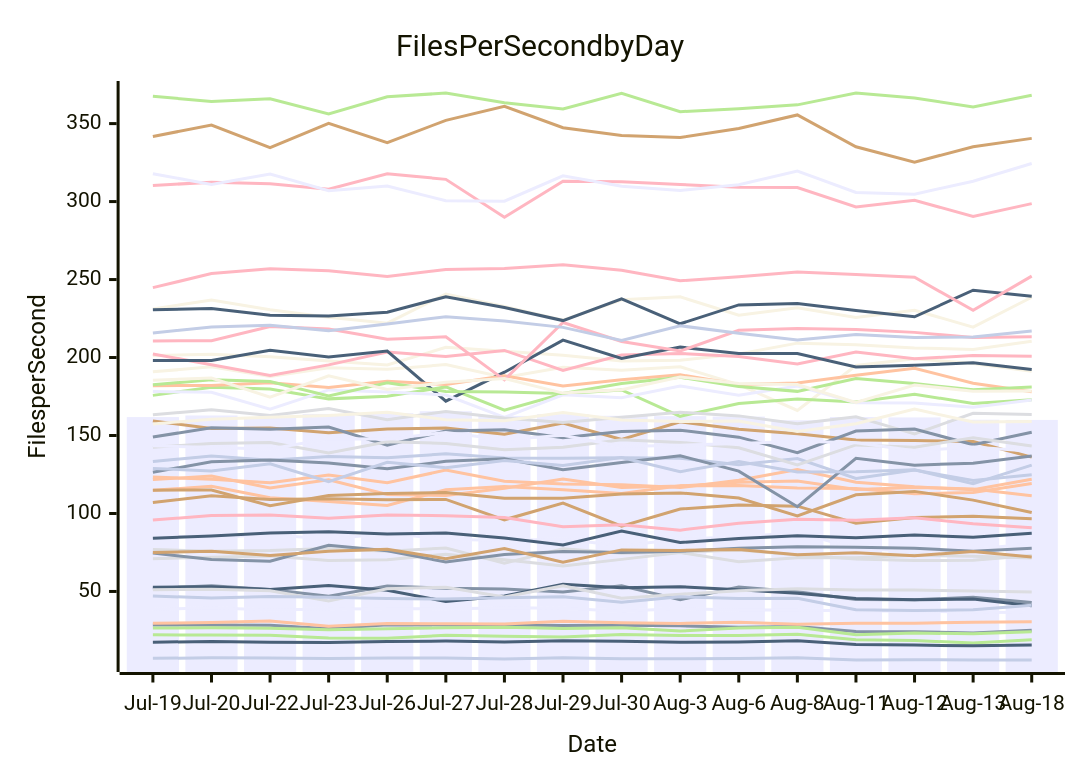
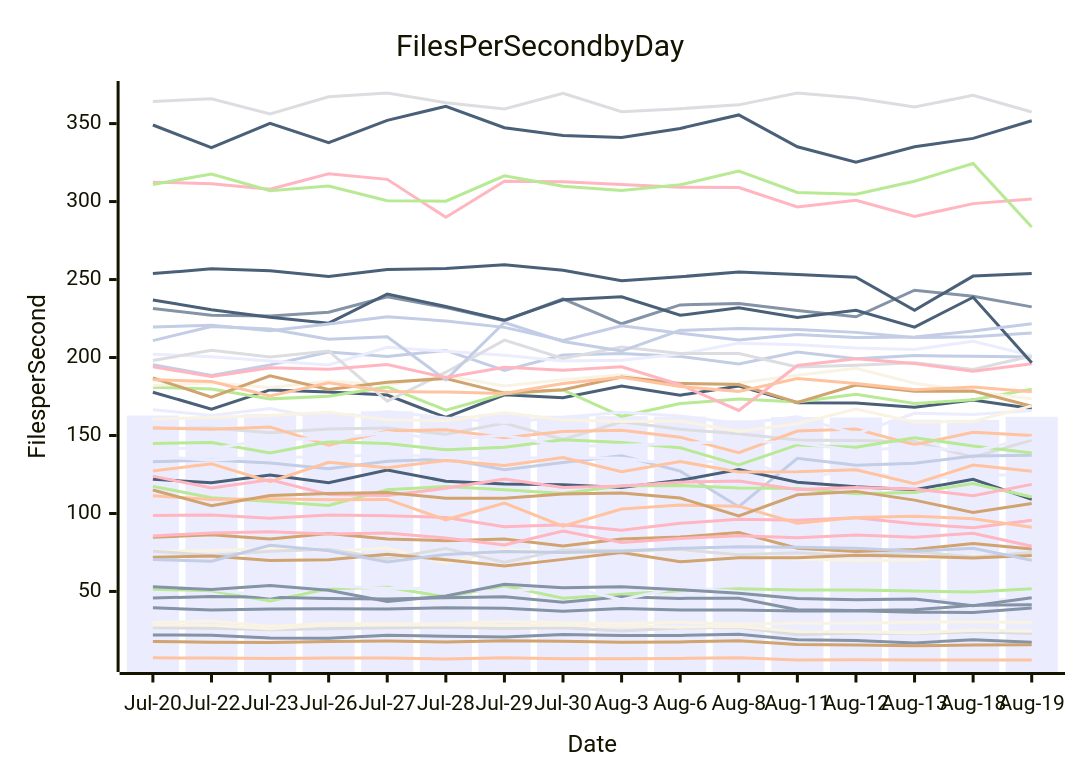
Before and after one commit to streetsidesoftware/cspell: the diagram in perf-report.md, drawn with Mermaid. The commit also changed other lines of this file and 1 other file, not shown here.

````diff
--- a/perf-report.md
+++ b/perf-report.md
@@ -10,57 +10,57 @@
 ```mermaid
 xychart-beta
     title Files Per Second by Day
     y-axis Files per Second
-    x-axis Date [Jul-19, Jul-20, Jul-22, Jul-23, Jul-26, Jul-27, Jul-28, Jul-29, Jul-30, Aug-3, Aug-6, Aug-8, Aug-11, Aug-12, Aug-13, Aug-18]
-    bar [161.80, 162.84, 161.83, 163.82, 164.32, 165.56, 162.55, 163.67, 162.66, 162.42, 162.15, 159.78, 161.87, 161.59, 160.12, 160.00]
-    line [28.56, 28.51, 28.41, 26.08, 28.71, 28.53, 28.56, 28.21, 28.32, 27.98, 27.09, 27.59, 24.33, 24.19, 23.40, 25.07]
-    line [114.86, 117.38, 110.16, 107.68, 105.10, 115.28, 117.30, 115.27, 112.83, 117.78, 117.94, 116.33, 116.04, 112.64, 113.43, 119.19]
-    line [76.84, 75.79, 76.25, 77.55, 75.81, 77.91, 68.05, 77.31, 74.56, 75.13, 76.66, 73.32, 70.77, 69.86, 70.01, 73.04]
-    line [22.19, 22.10, 21.88, 20.15, 20.04, 21.91, 21.31, 20.80, 22.35, 21.72, 21.80, 22.54, 19.07, 18.54, 16.95, 19.10]
-    line [107.07, 111.31, 108.98, 109.47, 108.84, 109.00, 95.94, 106.70, 91.83, 102.88, 105.40, 104.69, 93.74, 97.45, 98.22, 96.65]
-    line [133.37, 136.93, 134.10, 136.61, 135.79, 138.26, 135.57, 135.43, 135.66, 135.43, 131.19, 135.23, 122.44, 127.81, 121.17, 124.81]
-    line [95.75, 98.78, 99.06, 97.00, 99.07, 98.61, 97.42, 91.49, 92.79, 89.32, 93.72, 96.32, 95.66, 97.25, 93.41, 90.83]
-    line [17.44, 17.98, 17.51, 17.20, 17.96, 18.17, 17.67, 18.43, 18.02, 17.45, 17.65, 18.37, 15.99, 15.64, 15.11, 15.67]
-    line [201.36, 202.08, 200.55, 197.73, 195.25, 206.51, 204.03, 201.53, 197.81, 198.32, 202.22, 209.23, 208.13, 206.12, 205.21, 210.46]
-    line [38.46, 39.54, 38.13, 38.75, 38.94, 38.82, 39.51, 39.23, 37.37, 39.03, 38.14, 38.18, 37.54, 37.60, 36.71, 36.51]
-    line [52.01, 53.58, 51.27, 46.96, 53.48, 52.00, 51.65, 49.61, 53.65, 44.73, 52.88, 49.80, 44.85, 44.73, 46.28, 42.85]
-    line [123.46, 121.92, 119.72, 124.69, 119.65, 127.83, 120.71, 118.86, 118.39, 116.67, 121.26, 128.17, 119.97, 117.10, 115.21, 121.90]
-    line [71.04, 71.91, 72.70, 69.86, 70.37, 73.91, 70.30, 66.36, 70.57, 74.92, 69.05, 71.64, 71.63, 73.23, 72.55, 71.44]
-    line [26.50, 26.68, 26.34, 25.46, 26.08, 26.71, 26.98, 26.19, 26.72, 24.58, 26.54, 27.00, 22.24, 23.36, 22.81, 24.23]
-    line [341.72, 349.11, 334.55, 350.21, 337.72, 352.09, 361.09, 347.33, 342.33, 341.03, 346.90, 355.56, 335.17, 325.27, 335.20, 340.52]
-    line [7.13, 7.42, 7.37, 6.94, 7.34, 7.37, 6.62, 7.52, 6.92, 6.91, 7.06, 7.47, 6.09, 6.22, 6.12, 6.05]
-    line [310.30, 312.46, 311.42, 307.91, 317.83, 314.26, 289.97, 313.11, 312.72, 310.96, 309.18, 308.97, 296.59, 300.81, 290.46, 298.69]
-    line [52.69, 53.02, 51.19, 53.86, 50.78, 43.58, 47.06, 54.57, 52.43, 53.03, 51.13, 48.90, 45.53, 44.69, 45.18, 40.85]
-    line [190.82, 194.01, 187.89, 193.41, 192.42, 195.47, 187.19, 193.79, 191.90, 194.07, 182.58, 166.07, 194.86, 199.17, 196.17, 191.14]
-    line [85.67, 84.70, 86.32, 83.67, 87.12, 83.64, 82.58, 83.71, 79.08, 83.62, 84.88, 87.82, 77.70, 75.58, 76.94, 80.70]
-    line [74.65, 70.42, 69.35, 79.56, 76.05, 68.90, 73.77, 75.65, 74.99, 75.71, 77.66, 78.66, 78.35, 77.65, 75.86, 77.65]
-    line [121.72, 123.96, 116.30, 121.57, 112.16, 111.54, 116.14, 122.06, 116.65, 117.60, 120.09, 120.85, 115.35, 116.69, 115.74, 111.39]
-    line [51.07, 51.44, 50.43, 43.97, 51.67, 52.73, 46.52, 53.63, 45.66, 48.27, 50.39, 51.68, 50.89, 50.88, 50.22, 49.59]
-    line [175.73, 180.87, 179.86, 173.49, 175.22, 181.17, 166.29, 176.78, 179.24, 162.30, 170.51, 173.47, 171.46, 176.49, 170.50, 172.92]
-    line [159.37, 154.51, 154.84, 151.75, 154.10, 154.75, 150.75, 157.93, 147.43, 158.79, 154.00, 151.10, 147.11, 146.86, 146.10, 136.12]
-    line [47.09, 45.82, 46.71, 46.24, 45.49, 45.13, 45.94, 46.54, 43.06, 46.57, 45.56, 45.66, 38.22, 37.79, 38.23, 41.09]
-    line [202.31, 195.34, 188.56, 195.30, 203.49, 200.63, 204.54, 191.76, 201.55, 202.60, 200.71, 195.89, 203.57, 199.20, 201.23, 200.81]
-    line [198.16, 198.05, 204.69, 200.38, 204.18, 172.00, 190.59, 211.20, 199.37, 206.67, 202.54, 202.61, 193.89, 195.05, 196.60, 192.32]
-    line [231.13, 236.94, 230.60, 225.84, 222.04, 240.74, 232.71, 223.95, 236.98, 238.93, 227.08, 231.94, 225.75, 230.29, 219.53, 238.65]
-    line [178.14, 177.77, 166.91, 179.23, 177.92, 175.97, 161.59, 176.09, 174.17, 181.77, 175.87, 181.75, 171.06, 170.80, 168.18, 172.80]
-    line [126.47, 133.10, 134.27, 132.41, 128.75, 133.45, 135.04, 127.98, 132.62, 137.05, 127.16, 104.34, 135.34, 130.97, 132.26, 136.82]
-    line [181.92, 182.11, 183.75, 180.78, 184.81, 182.65, 188.37, 181.75, 185.70, 188.91, 182.68, 183.70, 188.70, 193.07, 183.50, 178.10]
-    line [163.25, 166.55, 162.82, 167.25, 160.14, 165.42, 161.19, 158.31, 161.70, 164.91, 162.58, 157.48, 162.05, 151.08, 164.19, 163.52]
-    line [182.49, 185.76, 184.64, 175.39, 183.80, 178.20, 177.82, 176.95, 183.37, 187.31, 181.39, 178.30, 186.48, 183.29, 179.27, 181.07]
-    line [74.96, 75.84, 73.04, 75.74, 77.07, 71.05, 77.49, 68.74, 76.65, 76.34, 76.92, 73.53, 74.78, 72.96, 75.57, 72.13]
-    line [128.92, 127.23, 131.88, 120.40, 132.81, 129.34, 133.97, 130.74, 135.91, 126.83, 133.33, 126.61, 126.72, 128.04, 119.05, 131.02]
-    line [210.58, 210.83, 219.91, 218.25, 211.67, 213.25, 185.65, 222.45, 210.28, 204.15, 217.44, 218.55, 218.05, 216.13, 212.80, 213.27]
-    line [230.57, 231.48, 227.16, 226.70, 229.01, 239.01, 232.02, 223.69, 237.66, 221.63, 233.74, 234.59, 230.11, 226.13, 243.15, 239.31]
-    line [185.47, 186.89, 174.56, 188.32, 179.58, 184.08, 186.53, 177.20, 179.37, 187.46, 183.38, 182.66, 171.17, 182.41, 178.32, 178.57]
-    line [317.85, 311.01, 317.69, 306.96, 309.97, 300.54, 300.28, 316.56, 309.78, 307.09, 310.74, 319.60, 305.87, 304.71, 313.08, 324.40]
-    line [149.05, 154.95, 153.94, 155.48, 143.79, 152.94, 153.75, 148.60, 152.63, 153.39, 148.93, 139.04, 152.86, 154.13, 144.07, 152.10]
-    line [29.57, 30.13, 31.01, 27.77, 29.48, 29.26, 29.06, 30.88, 29.94, 29.48, 30.19, 29.03, 29.67, 29.60, 30.33, 30.62]
-    line [142.51, 144.87, 145.54, 138.82, 146.01, 144.90, 140.82, 142.51, 147.27, 145.58, 142.12, 131.06, 143.98, 142.41, 148.62, 143.28]
-    line [367.49, 364.21, 365.97, 356.16, 367.24, 369.57, 363.41, 359.37, 369.40, 357.63, 359.56, 362.02, 369.62, 366.45, 360.63, 368.14]
-    line [114.93, 115.08, 104.93, 111.58, 112.75, 113.47, 109.84, 109.80, 112.55, 113.19, 109.88, 98.38, 112.00, 114.17, 108.57, 100.66]
-    line [215.75, 219.62, 220.62, 217.24, 221.48, 226.19, 223.44, 219.34, 210.97, 220.37, 215.62, 211.22, 214.76, 212.79, 213.14, 217.00]
-    line [244.82, 253.83, 256.85, 255.68, 251.95, 256.48, 257.08, 259.44, 255.93, 249.24, 251.79, 254.83, 253.26, 251.44, 230.32, 252.21]
-    line [84.13, 85.63, 87.55, 88.29, 86.90, 87.47, 84.26, 79.87, 88.81, 81.39, 83.97, 85.77, 84.48, 86.21, 84.78, 87.25]
-    line [157.44, 160.47, 161.66, 162.86, 164.94, 160.13, 159.49, 164.72, 159.99, 159.02, 159.32, 152.64, 157.58, 166.90, 158.63, 158.95]
-    line [143.50, 142.28, 141.37, 147.86, 147.77, 151.94, 147.31, 150.10, 142.92, 143.82, 144.85, 146.35, 145.37, 140.27, 142.62, 139.83]
+    x-axis Date [Jul-20, Jul-22, Jul-23, Jul-26, Jul-27, Jul-28, Jul-29, Jul-30, Aug-3, Aug-6, Aug-8, Aug-11, Aug-12, Aug-13, Aug-18, Aug-19]
+    bar [162.84, 161.83, 163.82, 164.32, 165.56, 162.55, 163.67, 162.66, 162.42, 162.15, 159.78, 161.87, 161.59, 160.12, 160.00, 162.04]
+    line [22.10, 21.88, 20.15, 20.04, 21.91, 21.31, 20.80, 22.35, 21.72, 21.80, 22.54, 19.07, 18.54, 16.95, 19.10, 17.37]
+    line [7.42, 7.37, 6.94, 7.34, 7.37, 6.62, 7.52, 6.92, 6.91, 7.06, 7.47, 6.09, 6.22, 6.12, 6.05, 6.13]
+    line [154.51, 154.84, 151.75, 154.10, 154.75, 150.75, 157.93, 147.43, 158.79, 154.00, 151.10, 147.11, 146.86, 146.10, 136.12, 147.15]
+    line [51.44, 50.43, 43.97, 51.67, 52.73, 46.52, 53.63, 45.66, 48.27, 50.39, 51.68, 50.89, 50.88, 50.22, 49.59, 51.78]
+    line [84.70, 86.32, 83.67, 87.12, 83.64, 82.58, 83.71, 79.08, 83.62, 84.88, 87.82, 77.70, 75.58, 76.94, 80.70, 77.25]
+    line [133.10, 134.27, 132.41, 128.75, 133.45, 135.04, 127.98, 132.62, 137.05, 127.16, 104.34, 135.34, 130.97, 132.26, 136.82, 137.39]
+    line [98.78, 99.06, 97.00, 99.07, 98.61, 97.42, 91.49, 92.79, 89.32, 93.72, 96.32, 95.66, 97.25, 93.41, 90.83, 95.71]
+    line [121.92, 119.72, 124.69, 119.65, 127.83, 120.71, 118.86, 118.39, 116.67, 121.26, 128.17, 119.97, 117.10, 115.21, 121.90, 109.07]
+    line [75.79, 76.25, 77.55, 75.81, 77.91, 68.05, 77.31, 74.56, 75.13, 76.66, 73.32, 70.77, 69.86, 70.01, 73.04, 71.66]
+    line [136.93, 134.10, 136.61, 135.79, 138.26, 135.57, 135.43, 135.66, 135.43, 131.19, 135.23, 122.44, 127.81, 121.17, 124.81, 124.50]
+    line [45.82, 46.71, 46.24, 45.49, 45.13, 45.94, 46.54, 43.06, 46.57, 45.56, 45.66, 38.22, 37.79, 38.23, 41.09, 41.51]
+    line [127.23, 131.88, 120.40, 132.81, 129.34, 133.97, 130.74, 135.91, 126.83, 133.33, 126.61, 126.72, 128.04, 119.05, 131.02, 127.08]
+    line [26.68, 26.34, 25.46, 26.08, 26.71, 26.98, 26.19, 26.72, 24.58, 26.54, 27.00, 22.24, 23.36, 22.81, 24.23, 23.01]
+    line [117.38, 110.16, 107.68, 105.10, 115.28, 117.30, 115.27, 112.83, 117.78, 117.94, 116.33, 116.04, 112.64, 113.43, 119.19, 110.55]
+    line [17.98, 17.51, 17.20, 17.96, 18.17, 17.67, 18.43, 18.02, 17.45, 17.65, 18.37, 15.99, 15.64, 15.11, 15.67, 15.80]
+    line [195.34, 188.56, 195.30, 203.49, 200.63, 204.54, 191.76, 201.55, 202.60, 200.71, 195.89, 203.57, 199.20, 201.23, 200.81, 200.27]
+    line [123.96, 116.30, 121.57, 112.16, 111.54, 116.14, 122.06, 116.65, 117.60, 120.09, 120.85, 115.35, 116.69, 115.74, 111.39, 118.65]
+    line [177.77, 166.91, 179.23, 177.92, 175.97, 161.59, 176.09, 174.17, 181.77, 175.87, 181.75, 171.06, 170.80, 168.18, 172.80, 167.36]
+    line [28.51, 28.41, 26.08, 28.71, 28.53, 28.56, 28.21, 28.32, 27.98, 27.09, 27.59, 24.33, 24.19, 23.40, 25.07, 24.53]
+    line [53.58, 51.27, 46.96, 53.48, 52.00, 51.65, 49.61, 53.65, 44.73, 52.88, 49.80, 44.85, 44.73, 46.28, 42.85, 46.65]
+    line [53.02, 51.19, 53.86, 50.78, 43.58, 47.06, 54.57, 52.43, 53.03, 51.13, 48.90, 45.53, 44.69, 45.18, 40.85, 45.90]
+    line [111.31, 108.98, 109.47, 108.84, 109.00, 95.94, 106.70, 91.83, 102.88, 105.40, 104.69, 93.74, 97.45, 98.22, 96.65, 91.17]
+    line [75.84, 73.04, 75.74, 77.07, 71.05, 77.49, 68.74, 76.65, 76.34, 76.92, 73.53, 74.78, 72.96, 75.57, 72.13, 75.02]
+    line [180.87, 179.86, 173.49, 175.22, 181.17, 166.29, 176.78, 179.24, 162.30, 170.51, 173.47, 171.46, 176.49, 170.50, 172.92, 179.66]
+    line [71.91, 72.70, 69.86, 70.37, 73.91, 70.30, 66.36, 70.57, 74.92, 69.05, 71.64, 71.63, 73.23, 72.55, 71.44, 73.00]
+    line [70.42, 69.35, 79.56, 76.05, 68.90, 73.77, 75.65, 74.99, 75.71, 77.66, 78.66, 78.35, 77.65, 75.86, 77.65, 70.01]
+    line [312.46, 311.42, 307.91, 317.83, 314.26, 289.97, 313.11, 312.72, 310.96, 309.18, 308.97, 296.59, 300.81, 290.46, 298.69, 301.69]
+    line [349.11, 334.55, 350.21, 337.72, 352.09, 361.09, 347.33, 342.33, 341.03, 346.90, 355.56, 335.17, 325.27, 335.20, 340.52, 351.81]
+    line [182.11, 183.75, 180.78, 184.81, 182.65, 188.37, 181.75, 185.70, 188.91, 182.68, 183.70, 188.70, 193.07, 183.50, 178.10, 173.64]
+    line [202.08, 200.55, 197.73, 195.25, 206.51, 204.03, 201.53, 197.81, 198.32, 202.22, 209.23, 208.13, 206.12, 205.21, 210.46, 201.32]
+    line [231.48, 227.16, 226.70, 229.01, 239.01, 232.02, 223.69, 237.66, 221.63, 233.74, 234.59, 230.11, 226.13, 243.15, 239.31, 232.47]
+    line [154.95, 153.94, 155.48, 143.79, 152.94, 153.75, 148.60, 152.63, 153.39, 148.93, 139.04, 152.86, 154.13, 144.07, 152.10, 150.05]
+    line [198.05, 204.69, 200.38, 204.18, 172.00, 190.59, 211.20, 199.37, 206.67, 202.54, 202.61, 193.89, 195.05, 196.60, 192.32, 200.97]
+    line [311.01, 317.69, 306.96, 309.97, 300.54, 300.28, 316.56, 309.78, 307.09, 310.74, 319.60, 305.87, 304.71, 313.08, 324.40, 283.72]
+    line [186.89, 174.56, 188.32, 179.58, 184.08, 186.53, 177.20, 179.37, 187.46, 183.38, 182.66, 171.17, 182.41, 178.32, 178.57, 168.76]
+    line [210.83, 219.91, 218.25, 211.67, 213.25, 185.65, 222.45, 210.28, 204.15, 217.44, 218.55, 218.05, 216.13, 212.80, 213.27, 215.65]
+    line [194.01, 187.89, 193.41, 192.42, 195.47, 187.19, 193.79, 191.90, 194.07, 182.58, 166.07, 194.86, 199.17, 196.17, 191.14, 195.99]
+    line [236.94, 230.60, 225.84, 222.04, 240.74, 232.71, 223.95, 236.98, 238.93, 227.08, 231.94, 225.75, 230.29, 219.53, 238.65, 196.71]
+    line [30.13, 31.01, 27.77, 29.48, 29.26, 29.06, 30.88, 29.94, 29.48, 30.19, 29.03, 29.67, 29.60, 30.33, 30.62, 30.17]
+    line [166.55, 162.82, 167.25, 160.14, 165.42, 161.19, 158.31, 161.70, 164.91, 162.58, 157.48, 162.05, 151.08, 164.19, 163.52, 166.06]
+    line [39.54, 38.13, 38.75, 38.94, 38.82, 39.51, 39.23, 37.37, 39.03, 38.14, 38.18, 37.54, 37.60, 36.71, 36.51, 39.40]
+    line [185.76, 184.64, 175.39, 183.80, 178.20, 177.82, 176.95, 183.37, 187.31, 181.39, 178.30, 186.48, 183.29, 179.27, 181.07, 178.10]
+    line [364.21, 365.97, 356.16, 367.24, 369.57, 363.41, 359.37, 369.40, 357.63, 359.56, 362.02, 369.62, 366.45, 360.63, 368.14, 357.42]
+    line [144.87, 145.54, 138.82, 146.01, 144.90, 140.82, 142.51, 147.27, 145.58, 142.12, 131.06, 143.98, 142.41, 148.62, 143.28, 138.75]
+    line [115.08, 104.93, 111.58, 112.75, 113.47, 109.84, 109.80, 112.55, 113.19, 109.88, 98.38, 112.00, 114.17, 108.57, 100.66, 106.34]
+    line [219.62, 220.62, 217.24, 221.48, 226.19, 223.44, 219.34, 210.97, 220.37, 215.62, 211.22, 214.76, 212.79, 213.14, 217.00, 221.59]
+    line [85.63, 87.55, 88.29, 86.90, 87.47, 84.26, 79.87, 88.81, 81.39, 83.97, 85.77, 84.48, 86.21, 84.78, 87.25, 79.04]
+    line [253.83, 256.85, 255.68, 251.95, 256.48, 257.08, 259.44, 255.93, 249.24, 251.79, 254.83, 253.26, 251.44, 230.32, 252.21, 253.91]
+    line [160.47, 161.66, 162.86, 164.94, 160.13, 159.49, 164.72, 159.99, 159.02, 159.32, 152.64, 157.58, 166.90, 158.63, 158.95, 169.00]
+    line [142.28, 141.37, 147.86, 147.77, 151.94, 147.31, 150.10, 142.92, 143.82, 144.85, 146.35, 145.37, 140.27, 142.62, 139.83, 148.68]
 ```
````
